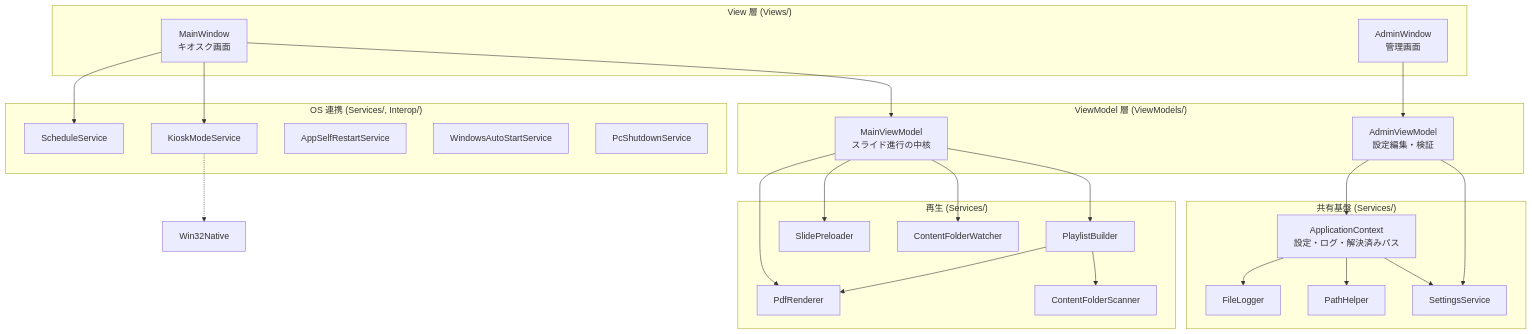
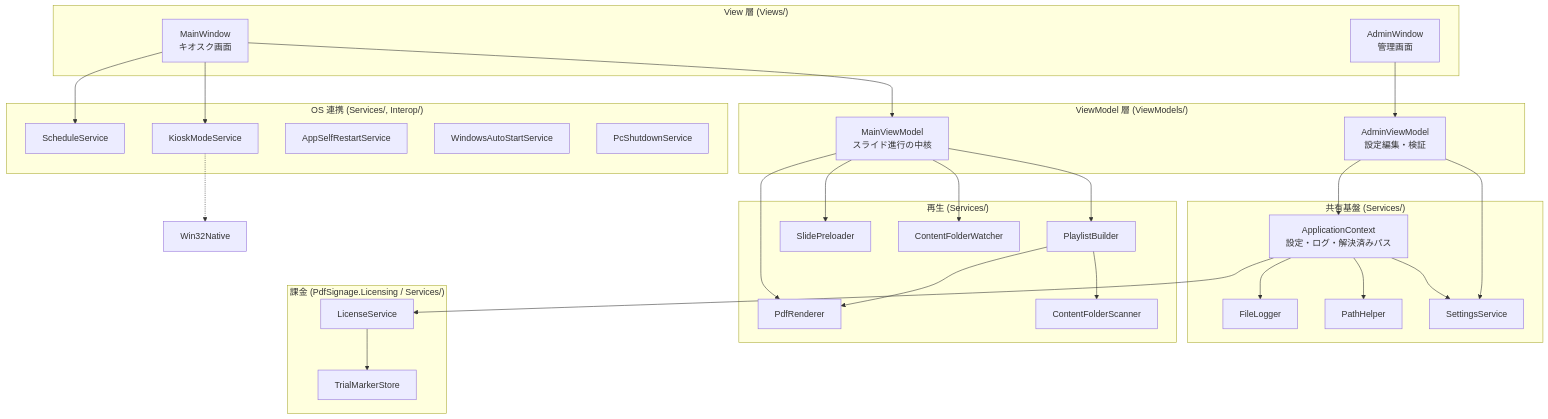
One commit to kamanori3/SimpleDigitalSignage changed the first of 4 diagrams in docs/設計書.md. Above: the diagram before and after it, drawn with Mermaid. The commit also changed other lines of this file and 9 other files, not shown here.

````diff
--- a/docs/設計書.md
+++ b/docs/設計書.md
@@ -27,45 +28,52 @@
 ```mermaid
 flowchart TB
   subgraph View["View 層 (Views/)"]
     MW[MainWindow<br/>キオスク画面]
     AW[AdminWindow<br/>管理画面]
   end
 
   subgraph VM["ViewModel 層 (ViewModels/)"]
     MVM[MainViewModel<br/>スライド進行の中核]
     AVM[AdminViewModel<br/>設定編集・検証]
   end
 
   subgraph Core["共有基盤 (Services/)"]
     AC[ApplicationContext<br/>設定・ログ・解決済みパス]
     SS[SettingsService]
     PH[PathHelper]
     FL[FileLogger]
   end
 
   subgraph Play["再生 (Services/)"]
     PB[PlaylistBuilder]
     CS[ContentFolderScanner]
     CW[ContentFolderWatcher]
     PR[PdfRenderer]
     SP[SlidePreloader]
   end
 
   subgraph Ops["OS 連携 (Services/, Interop/)"]
     KM[KioskModeService]
     SCH[ScheduleService]
     ASR[AppSelfRestartService]
     WAS[WindowsAutoStartService]
     PSS[PcShutdownService]
   end
 
+  subgraph License["課金 (PdfSignage.Licensing / Services/)"]
+    LS[LicenseService]
+    TM[TrialMarkerStore]
+  end
+
   MW --> MVM
   MW --> KM
   MW --> SCH
   AW --> AVM
   MVM --> PB & CW & SP & PR
   PB --> CS & PR
   AVM --> SS & AC
   AC --> SS & PH & FL
+  AC --> LS
+  LS --> TM
   KM -.-> Interop[Win32Native]
 ```
````
